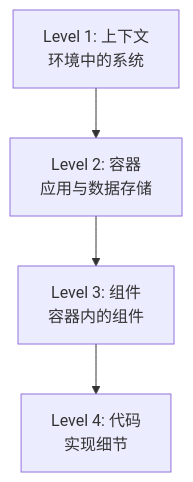
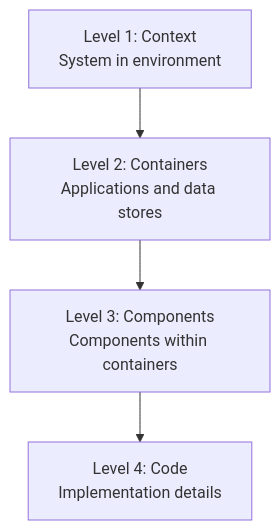
The third of 3 diagrams in references/architecture/architecture-anti-patterns.md (Kirky-X/diting), drawn with Mermaid before and after one commit. The commit also changed other lines of this file and 78 other files, not shown here.

````diff
--- a/references/architecture/architecture-anti-patterns.md
+++ b/references/architecture/architecture-anti-patterns.md
@@ -142,8 +142,8 @@
 ```mermaid
 flowchart TD
-    L1["Level 1: 上下文<br/>环境中的系统"]
-    L2["Level 2: 容器<br/>应用与数据存储"]
-    L3["Level 3: 组件<br/>容器内的组件"]
-    L4["Level 4: 代码<br/>实现细节"]
+    L1["Level 1: Context<br/>System in environment"]
+    L2["Level 2: Containers<br/>Applications and data stores"]
+    L3["Level 3: Components<br/>Components within containers"]
+    L4["Level 4: Code<br/>Implementation details"]
     L1 --> L2 --> L3 --> L4
 ```
````
